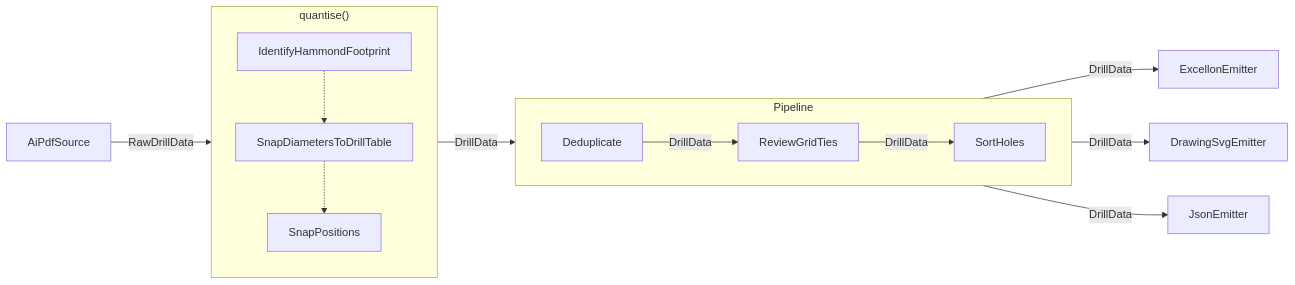
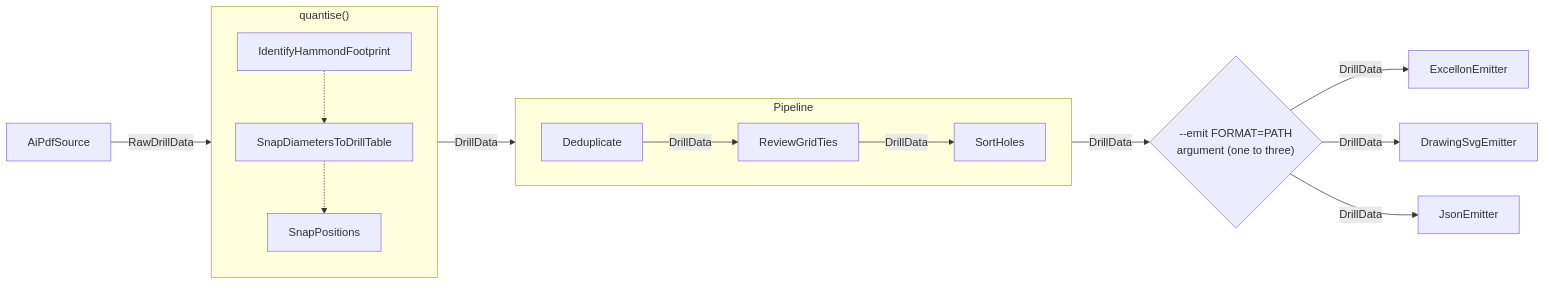
The diagram in docs/superpowers/specs/2026-08-16-adr-rework-design.md (sheophe/stompcad), drawn with Mermaid before and after one commit. The commit also changed other lines of this file, not shown here.

Commit message:
docs: show emitter selection in ADR design

````diff
--- a/docs/superpowers/specs/2026-08-16-adr-rework-design.md
+++ b/docs/superpowers/specs/2026-08-16-adr-rework-design.md
@@ -77,32 +79,34 @@
 ```mermaid
 flowchart LR
     source["AiPdfSource"]
 
     subgraph quantise["quantise()"]
         direction TB
         footprint["IdentifyHammondFootprint"]
         snap_drill["SnapDiametersToDrillTable"]
         snap_position["SnapPositions"]
         footprint -.-> snap_drill
         snap_drill -.-> snap_position
     end
 
     subgraph pipeline["Pipeline"]
         direction LR
         dedupe["Deduplicate"]
         ties["ReviewGridTies"]
         sort["SortHoles"]
         dedupe -->|DrillData| ties
         ties -->|DrillData| sort
     end
 
     excellon["ExcellonEmitter"]
     drawing["DrawingSvgEmitter"]
     json["JsonEmitter"]
+    selected{"--emit FORMAT=PATH<br/>argument (one to three)"}
 
     source -->|RawDrillData| quantise
     quantise -->|DrillData| dedupe
-    sort -->|DrillData| excellon
-    sort -->|DrillData| drawing
-    sort -->|DrillData| json
+    sort -->|DrillData| selected
+    selected -->|DrillData| excellon
+    selected -->|DrillData| drawing
+    selected -->|DrillData| json
 ```
````
